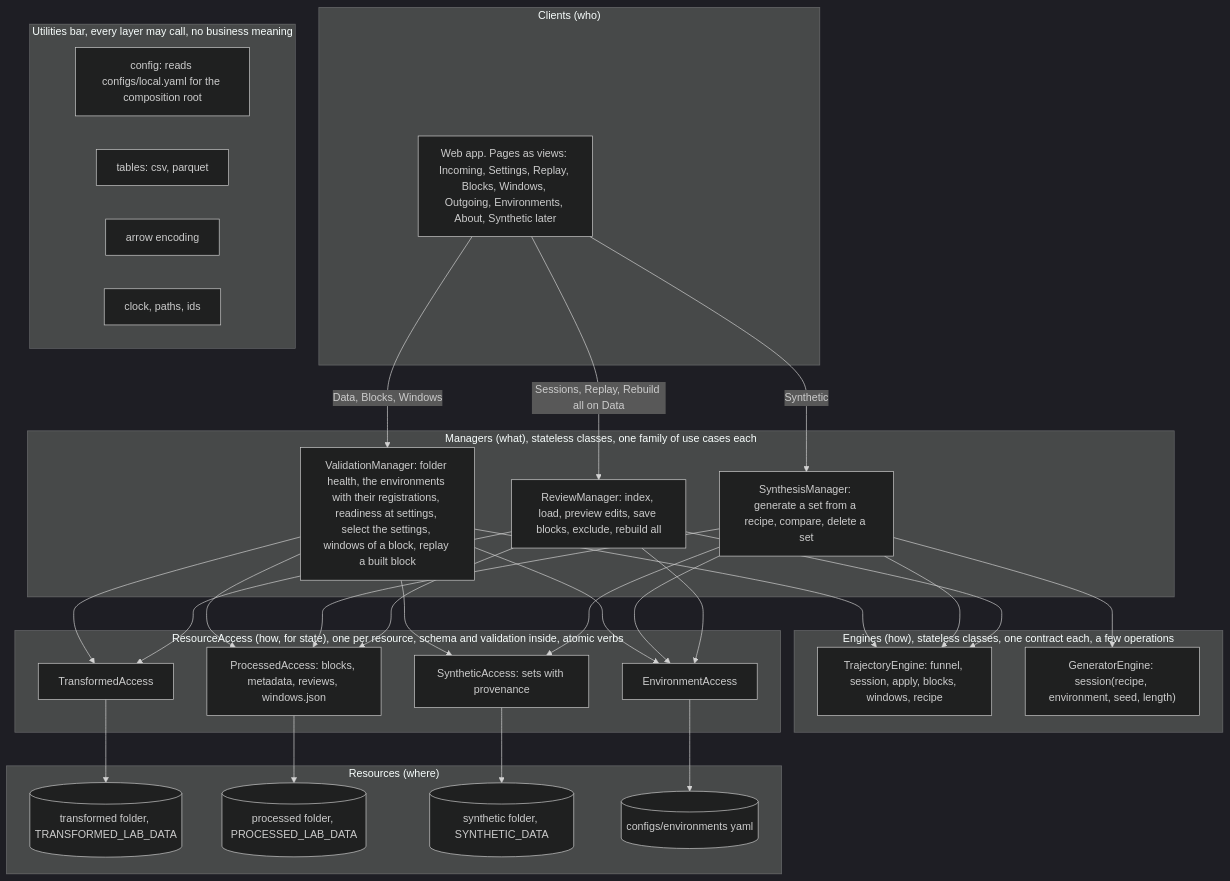
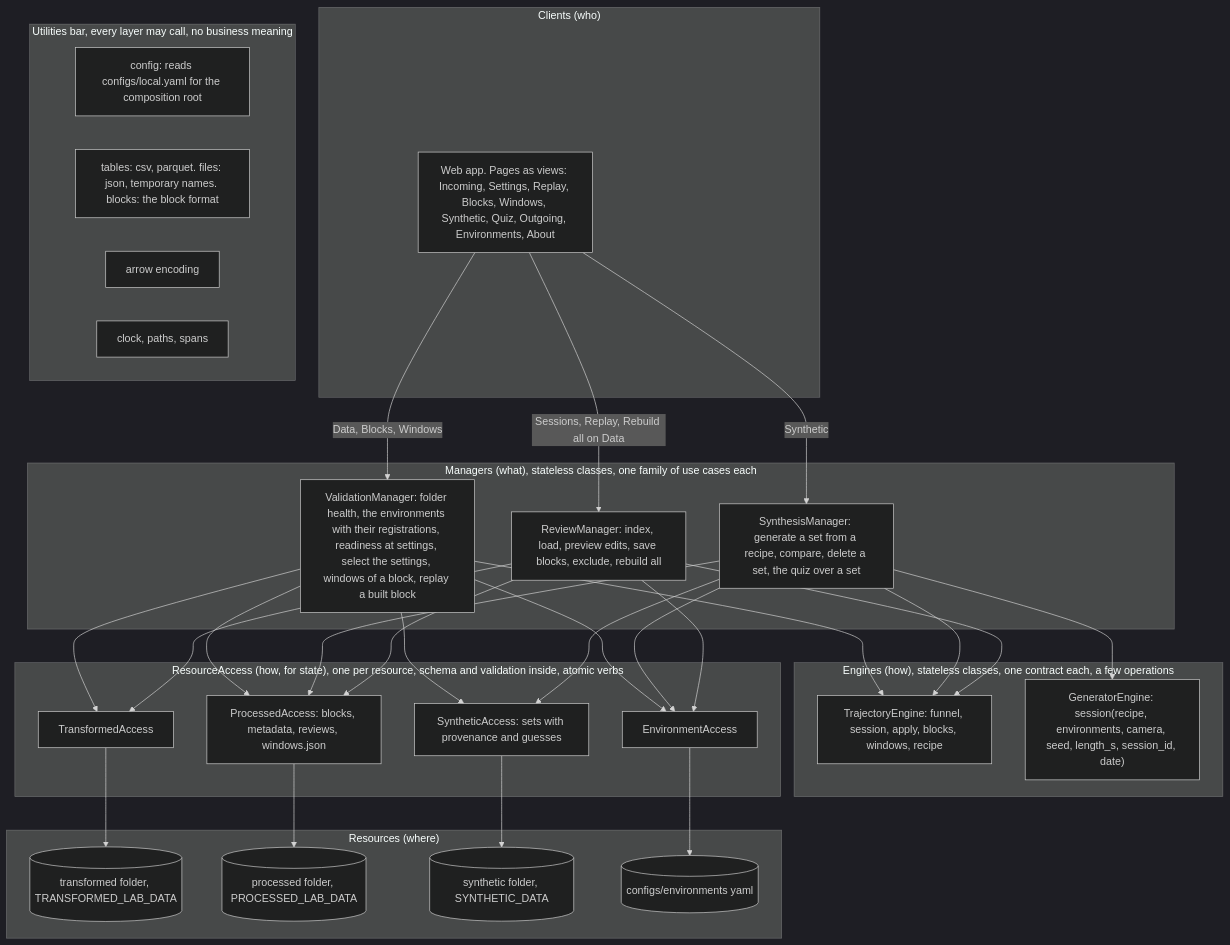
One commit to kshannon/axis-of-travel-rnn changed the first of 5 diagrams in ratreplay/docs/architecture.md. Above: the diagram before and after it, drawn with Mermaid (dark theme). The commit also changed other lines of this file and 2 other files, not shown here.

Commit message:
Architecture and plan brought up to the synthetic slice as built, with the review's decisions and the open tells recorded

````diff
--- a/ratreplay/docs/architecture.md
+++ b/ratreplay/docs/architecture.md
@@ -82,57 +82,57 @@
 ```mermaid
 flowchart TB
     subgraph Clients["Clients (who)"]
-        UI["Web app. Pages as views: Incoming, Settings, Replay, Blocks, Windows, Outgoing, Environments, About, Synthetic later"]
+        UI["Web app. Pages as views: Incoming, Settings, Replay, Blocks, Windows, Synthetic, Quiz, Outgoing, Environments, About"]
     end
     subgraph Managers["Managers (what), stateless classes, one family of use cases each"]
         RM["ReviewManager: index, load, preview edits, save blocks, exclude, rebuild all"]
-        SM["SynthesisManager: generate a set from a recipe, compare, delete a set"]
+        SM["SynthesisManager: generate a set from a recipe, compare, delete a set, the quiz over a set"]
         VM["ValidationManager: folder health, the environments with their registrations, readiness at settings, select the settings, windows of a block, replay a built block"]
     end
     subgraph Engines["Engines (how), stateless classes, one contract each, a few operations"]
         TE["TrajectoryEngine: funnel, session, apply, blocks, windows, recipe"]
-        GE["GeneratorEngine: session(recipe, environment, seed, length)"]
+        GE["GeneratorEngine: session(recipe, environments, camera, seed, length_s, session_id, date)"]
     end
     subgraph RA["ResourceAccess (how, for state), one per resource, schema and validation inside, atomic verbs"]
         TA["TransformedAccess"]
         PA["ProcessedAccess: blocks, metadata, reviews, windows.json"]
-        SA["SyntheticAccess: sets with provenance"]
+        SA["SyntheticAccess: sets with provenance and guesses"]
         EA["EnvironmentAccess"]
     end
     subgraph Resources["Resources (where)"]
         RT[("transformed folder, TRANSFORMED_LAB_DATA")]
         RP[("processed folder, PROCESSED_LAB_DATA")]
         RS[("synthetic folder, SYNTHETIC_DATA")]
         RE[("configs/environments yaml")]
     end
     subgraph Utilities["Utilities bar, every layer may call, no business meaning"]
         UC["config: reads configs/local.yaml for the composition root"]
-        UT["tables: csv, parquet"]
+        UT["tables: csv, parquet. files: json, temporary names. blocks: the block format"]
         UA["arrow encoding"]
-        UK["clock, paths, ids"]
+        UK["clock, paths, spans"]
     end
 
     UI -->|Sessions, Replay, Rebuild all on Data| RM
     UI -->|Synthetic| SM
     UI -->|Data, Blocks, Windows| VM
 
     RM --> TE
     RM --> TA
     RM --> PA
     RM --> EA
     SM --> TE
     SM --> GE
     SM --> PA
     SM --> SA
     SM --> EA
     VM --> TE
     VM --> TA
     VM --> PA
     VM --> SA
     VM --> EA
 
     TA --> RT
     PA --> RP
     SA --> RS
     EA --> RE
 ```
````
